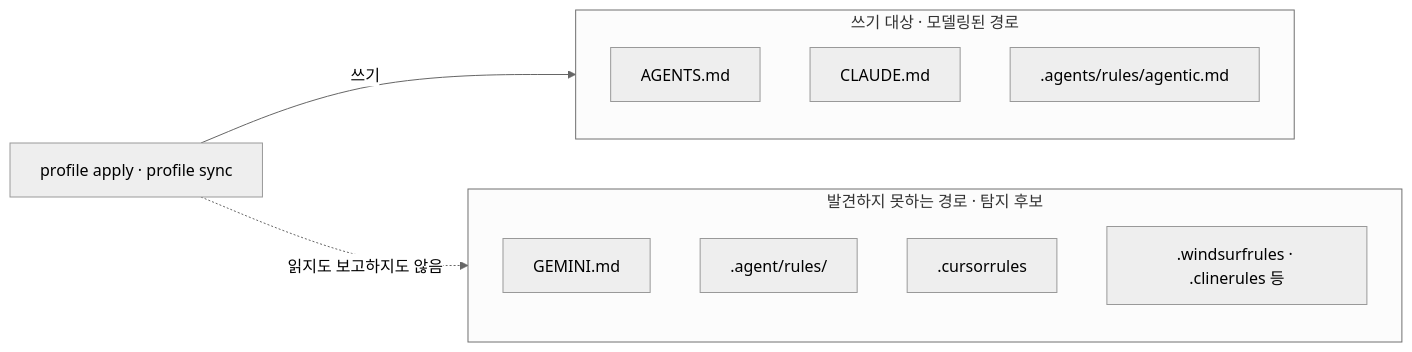
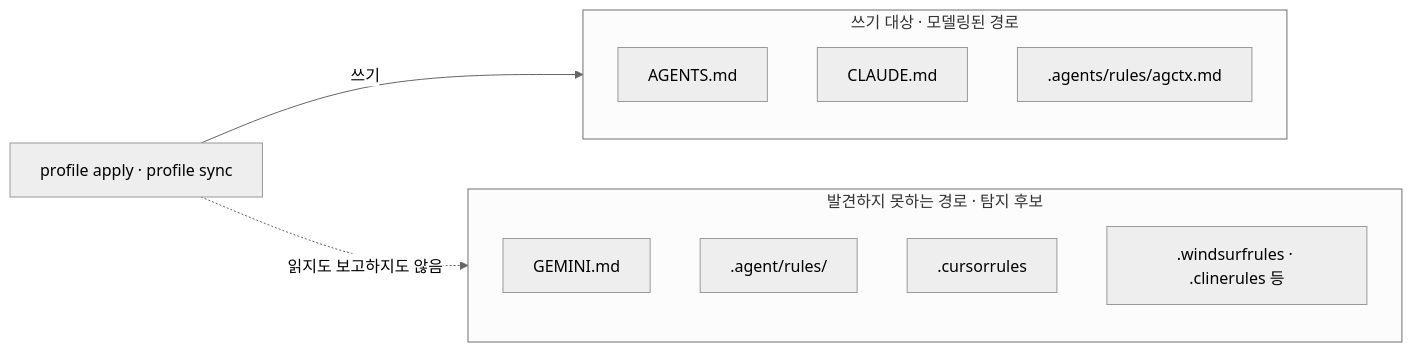
One commit to IsthisLee/agent-context-manager changed the first of 2 diagrams in docs/discussion/architecture/topics/agent-rule-discovery.md. Above: the diagram before and after it, drawn with Mermaid (neutral theme). The commit also changed other lines of this file and 73 other files, not shown here.

````diff
--- a/docs/discussion/architecture/topics/agent-rule-discovery.md
+++ b/docs/discussion/architecture/topics/agent-rule-discovery.md
@@ -50,17 +50,17 @@
 ```mermaid
 flowchart LR
   APPLY["profile apply · profile sync"]
   subgraph W["쓰기 대상 · 모델링된 경로"]
     A1["AGENTS.md"]
     A2["CLAUDE.md"]
-    A3[".agents/rules/agentic.md"]
+    A3[".agents/rules/agctx.md"]
   end
   subgraph N["발견하지 못하는 경로 · 탐지 후보"]
     B1["GEMINI.md"]
     B2[".agent/rules/"]
     B3[".cursorrules"]
     B4[".windsurfrules · .clinerules 등"]
   end
   APPLY -->|쓰기| W
   APPLY -.->|읽지도 보고하지도 않음| N
 ```
````
